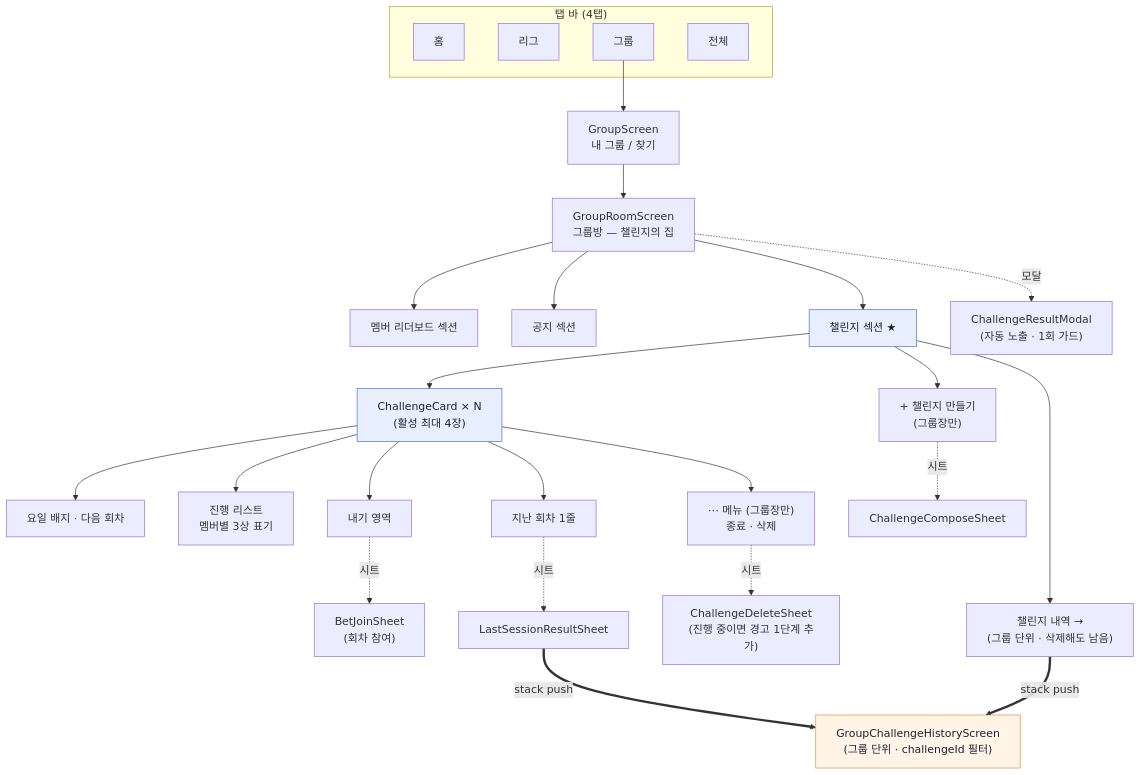
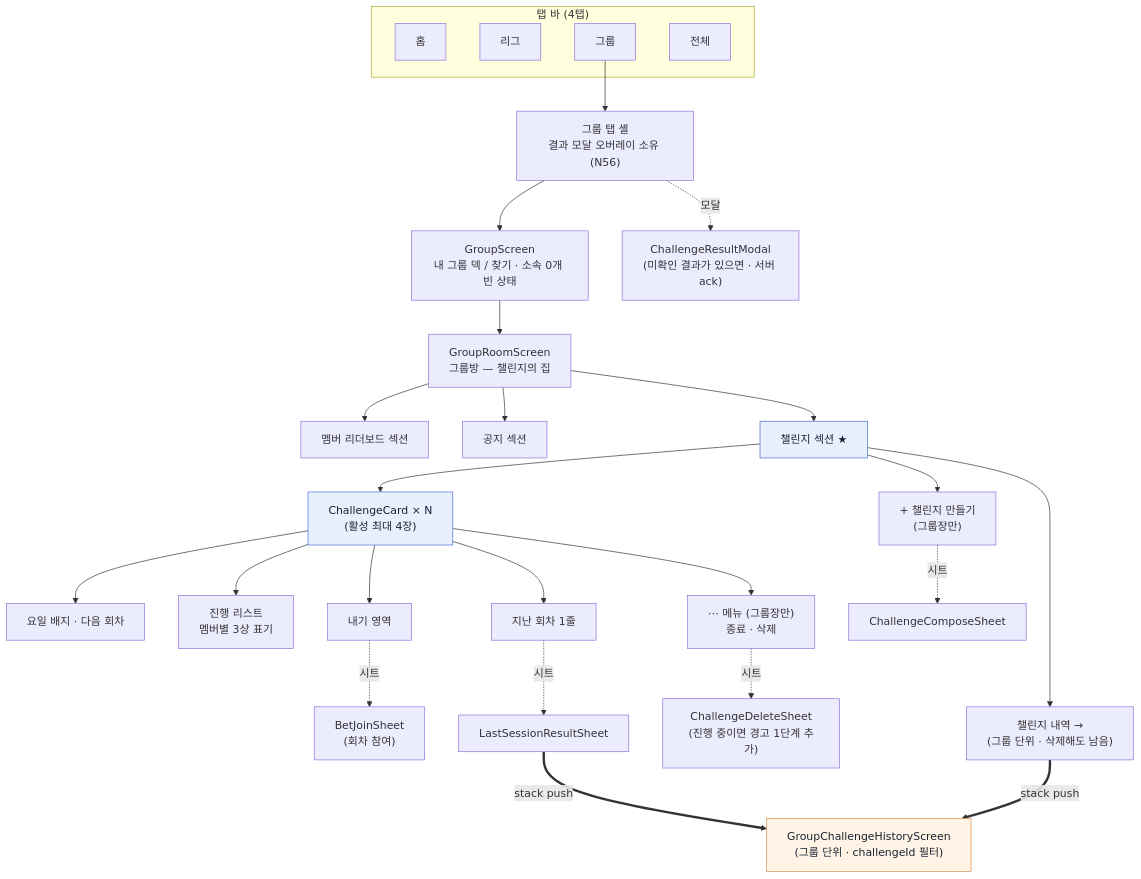
One commit to OneOrThree/phone changed the first of 11 diagrams in docs/prd/challenge/information-architecture.md. Above: the diagram before and after it, drawn with Mermaid. The commit also changed other lines of this file and 2 other files, not shown here.

````diff
--- a/docs/prd/challenge/information-architecture.md
+++ b/docs/prd/challenge/information-architecture.md
@@ -13,38 +13,39 @@
 ```mermaid
 flowchart TB
     subgraph tabs["탭 바 (4탭)"]
         H["홈"]
         L["리그"]
         G["그룹"]
         A["전체"]
     end
 
-    G --> GL["GroupScreen<br/>내 그룹 / 찾기"]
+    G --> SHELL["그룹 탭 셸<br/>결과 모달 오버레이 소유 (N56)"]
+    SHELL --> GL["GroupScreen<br/>내 그룹 덱 / 찾기 · 소속 0개 빈 상태"]
     GL --> GR["GroupRoomScreen<br/>그룹방 — 챌린지의 집"]
 
     GR --> S1["멤버 리더보드 섹션"]
     GR --> S2["공지 섹션"]
     GR --> S3["챌린지 섹션 ★"]
 
     S3 --> C1["ChallengeCard × N<br/>(활성 최대 4장)"]
     S3 --> B1["+ 챌린지 만들기<br/>(그룹장만)"]
     S3 --> B2["챌린지 내역 →<br/>(그룹 단위 · 삭제해도 남음)"]
 
     C1 --> M1["요일 배지 · 다음 회차"]
     C1 --> M2["진행 리스트<br/>멤버별 3상 표기"]
     C1 --> M3["내기 영역"]
     C1 --> M4["지난 회차 1줄"]
     C1 --> M5["⋯ 메뉴 (그룹장만)<br/>종료 · 삭제"]
 
     B1 -.시트.-> SH1["ChallengeComposeSheet"]
     M3 -.시트.-> SH2["BetJoinSheet<br/>(회차 참여)"]
     M4 -.시트.-> SH3["LastSessionResultSheet"]
     M5 -.시트.-> SH5["ChallengeDeleteSheet<br/>(진행 중이면 경고 1단계 추가)"]
-    GR -.모달.-> SH4["ChallengeResultModal<br/>(자동 노출 · 1회 가드)"]
+    SHELL -.모달.-> SH4["ChallengeResultModal<br/>(미확인 결과가 있으면 · 서버 ack)"]
     SH3 ==stack push==> SH7
     B2 ==stack push==> SH7["GroupChallengeHistoryScreen<br/>(그룹 단위 · challengeId 필터)"]
 
     style S3 fill:#e8f0ff,stroke:#4a6fd8,color:#1a2233
     style C1 fill:#e8f0ff,stroke:#4a6fd8,color:#1a2233
     style SH7 fill:#fff4e6,stroke:#d8904a,color:#1a2233
 ```
````
